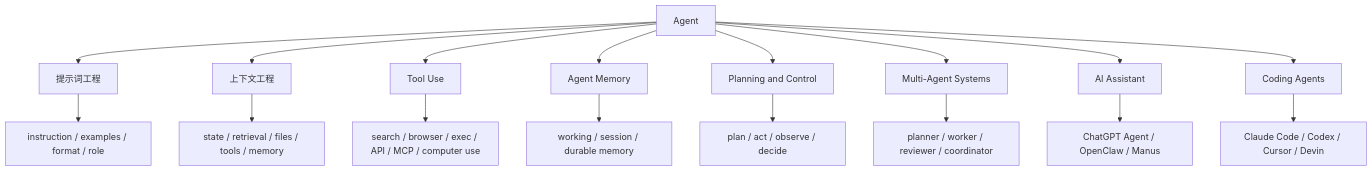
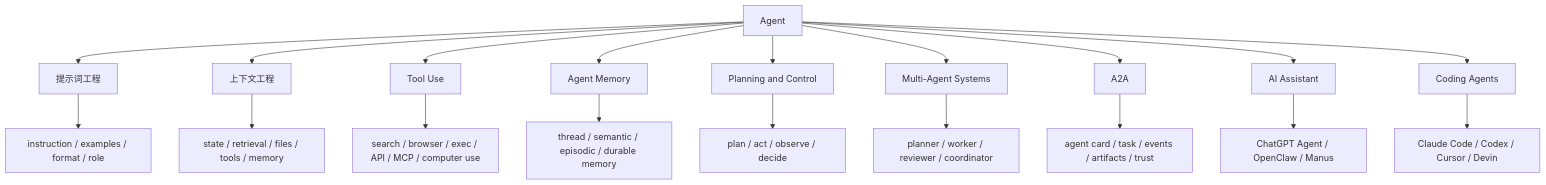
The diagram in 01-Areas/AI-Learning/07-Maps/AI Agent Capability Map.md (superliyang/tony-2026), drawn with Mermaid before and after one commit. The commit also changed other lines of this file and 22 other files, not shown here.

Commit message:
Complete first-pass AI agent architecture system

````diff
--- a/01-Areas/AI-Learning/07-Maps/AI Agent Capability Map.md
+++ b/01-Areas/AI-Learning/07-Maps/AI Agent Capability Map.md
@@ -14,20 +14,22 @@
 ```mermaid
 flowchart TD
   A["Agent"] --> P["提示词工程"]
   A --> Q["上下文工程"]
   A --> B["Tool Use"]
   A --> C["Agent Memory"]
   A --> D["Planning and Control"]
   A --> E["Multi-Agent Systems"]
+  A --> H["A2A"]
   A --> F["AI Assistant"]
   A --> G["Coding Agents"]
 
   P --> P1["instruction / examples / format / role"]
   Q --> Q1["state / retrieval / files / tools / memory"]
   B --> B1["search / browser / exec / API / MCP / computer use"]
-  C --> C1["working / session / durable memory"]
+  C --> C1["thread / semantic / episodic / durable memory"]
   D --> D1["plan / act / observe / decide"]
   E --> E1["planner / worker / reviewer / coordinator"]
+  H --> H1["agent card / task / events / artifacts / trust"]
   G --> G1["Claude Code / Codex / Cursor / Devin"]
   F --> F1["ChatGPT Agent / OpenClaw / Manus"]
 ```
````
